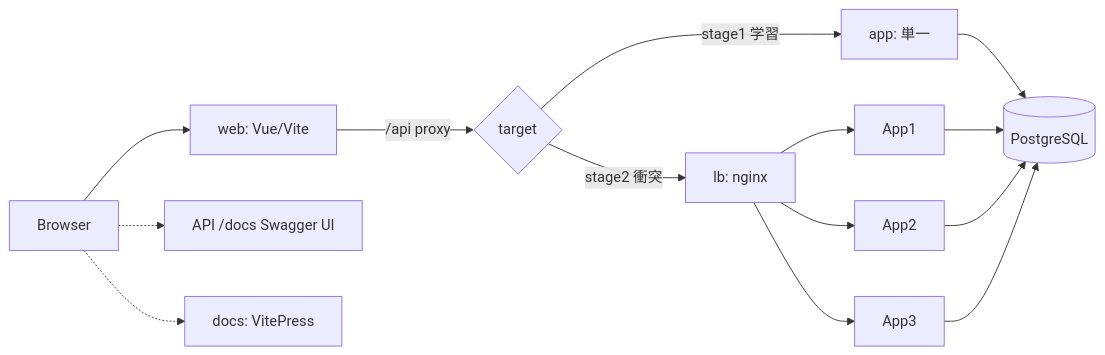
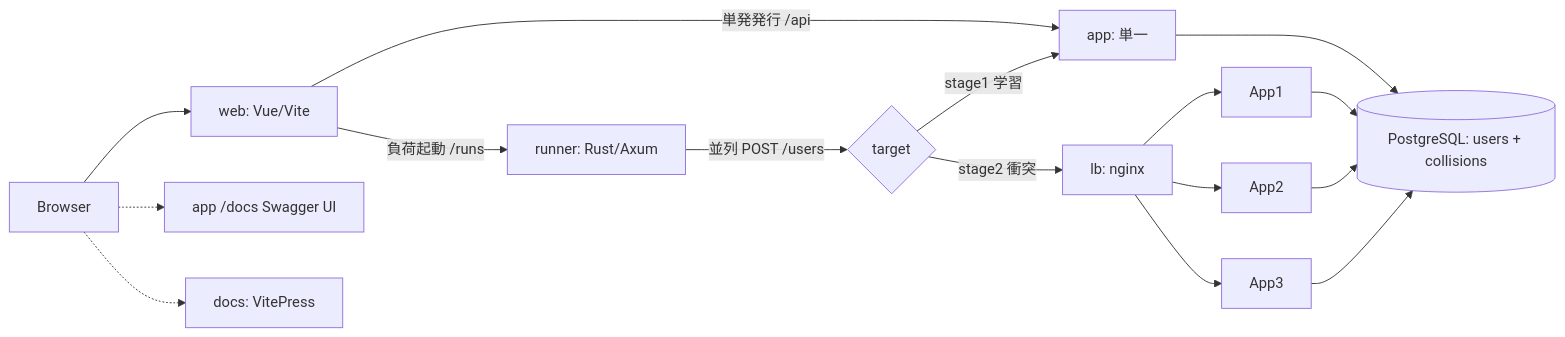
One commit to UniqueVisionDirectors/uv_recruit.code_samples changed the diagram in docs/superpowers/specs/2026-06-28-teaching-ux-frontend-tutorial-design.md. Above: the diagram before and after it, drawn with Mermaid. The commit also changed other lines of this file, not shown here.

Commit message:
docs: expand teaching-UX spec with Rust/Axum load runner + collisions ledger

````diff
--- a/docs/superpowers/specs/2026-06-28-teaching-ux-frontend-tutorial-design.md
+++ b/docs/superpowers/specs/2026-06-28-teaching-ux-frontend-tutorial-design.md
@@ -119,10 +130,12 @@
 ```mermaid
 flowchart LR
   Browser --> Web[web: Vue/Vite]
-  Web -->|/api proxy| Target{target}
-  Target -->|stage1 学習| App[app: 単一]
-  Target -->|stage2 衝突| LB[lb: nginx] --> App1 & App2 & App3
-  App & App1 & App2 & App3 --> DB[(PostgreSQL)]
-  Browser -.-> Swagger[API /docs Swagger UI]
+  Browser -.-> Swagger[app /docs Swagger UI]
   Browser -.-> Docs[docs: VitePress]
+  Web -->|単発発行 /api| App[app: 単一]
+  Web -->|負荷起動 /runs| Runner[runner: Rust/Axum]
+  Runner -->|並列 POST /users| TargetSel{target}
+  TargetSel -->|stage1 学習| App
+  TargetSel -->|stage2 衝突| LB[lb: nginx] --> App1 & App2 & App3
+  App & App1 & App2 & App3 --> DB[(PostgreSQL: users + collisions)]
 ```
````
